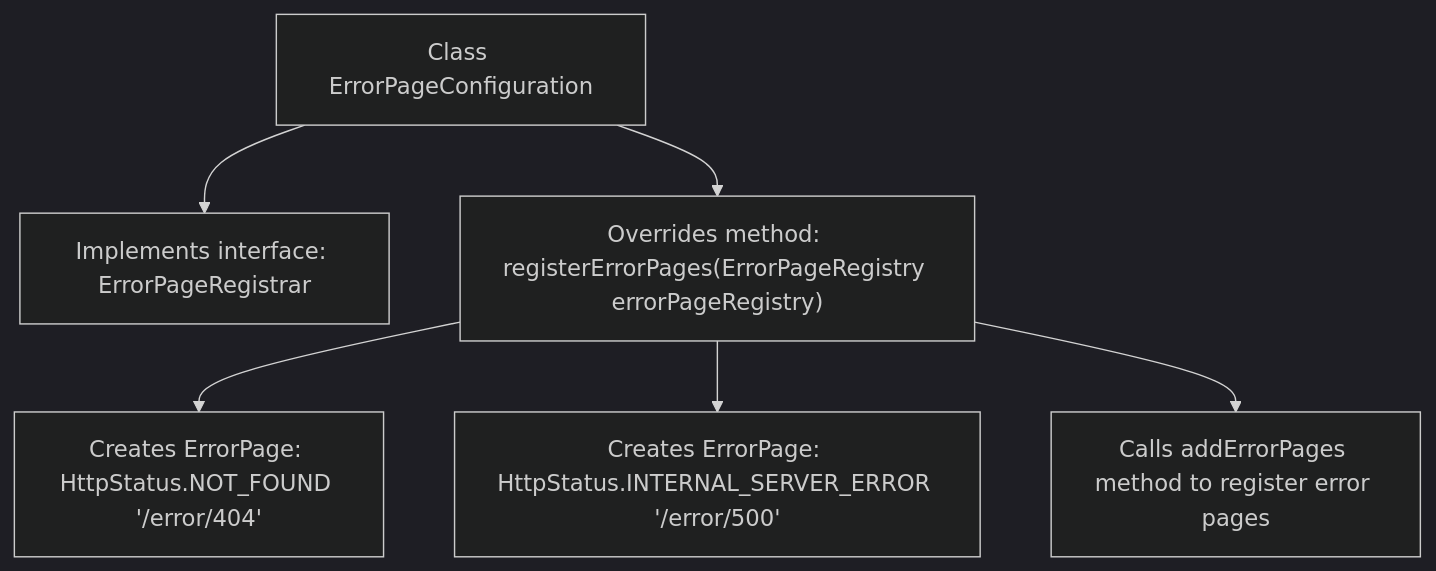
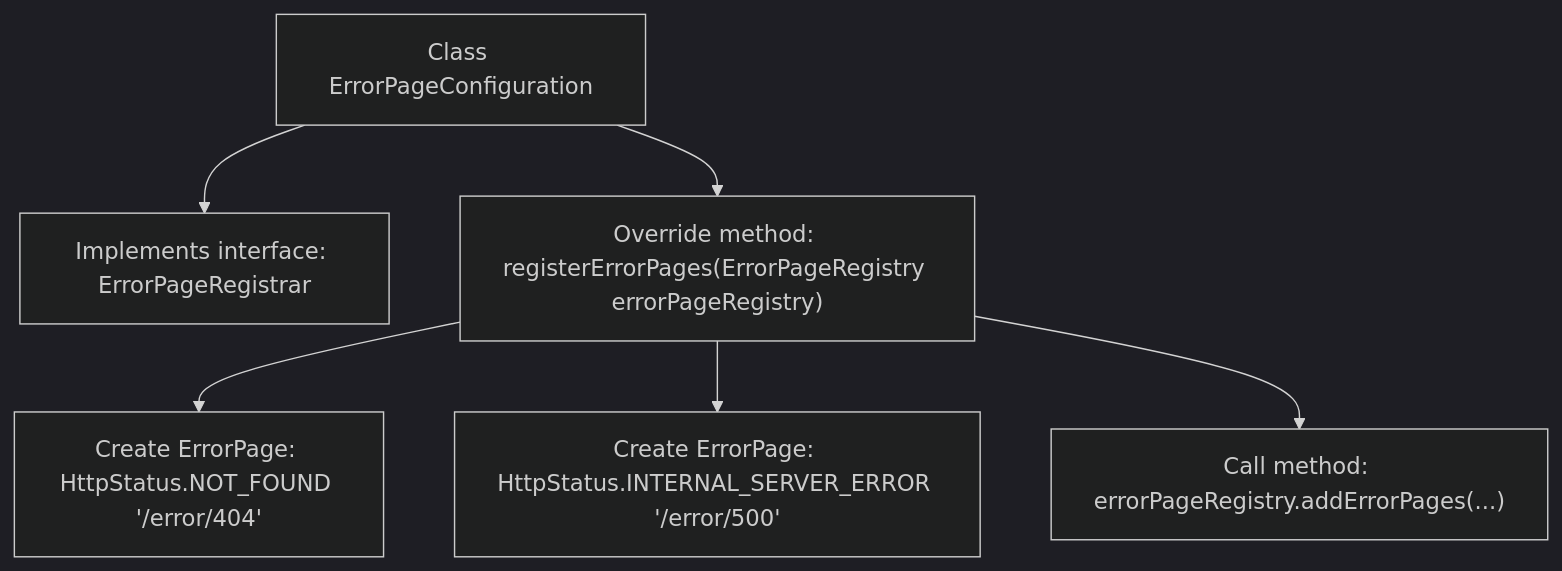
The second of 2 diagrams in docs/en/docs/src/main/java/com/github/binarywang/demo/wx/miniapp/error/ErrorPageConfiguration.md (v-wjrong/binary_weixin-java-miniapp-demo), drawn with Mermaid (dark theme) before and after one commit. The commit also changed other lines of this file and 47 other files, not shown here.

````diff
--- a/docs/en/docs/src/main/java/com/github/binarywang/demo/wx/miniapp/error/ErrorPageConfiguration.md
+++ b/docs/en/docs/src/main/java/com/github/binarywang/demo/wx/miniapp/error/ErrorPageConfiguration.md
@@ -71,15 +71,15 @@
 ```mermaid
 graph TD
     A["Class ErrorPageConfiguration"]
     B["Implements interface: ErrorPageRegistrar"]
-    C["Overrides method: registerErrorPages(ErrorPageRegistry errorPageRegistry)"]
-    D["Creates ErrorPage: HttpStatus.NOT_FOUND '/error/404'"]
-    E["Creates ErrorPage: HttpStatus.INTERNAL_SERVER_ERROR '/error/500'"]
-    F["Calls addErrorPages method to register error pages"]
+    C["Override method: registerErrorPages(ErrorPageRegistry errorPageRegistry)"]
+    D["Create ErrorPage: HttpStatus.NOT_FOUND '/error/404'"]
+    E["Create ErrorPage: HttpStatus.INTERNAL_SERVER_ERROR '/error/500'"]
+    F["Call method: errorPageRegistry.addErrorPages(...)"]
     
     A --> B
     A --> C
     C --> D
     C --> E
     C --> F
 ```
````
